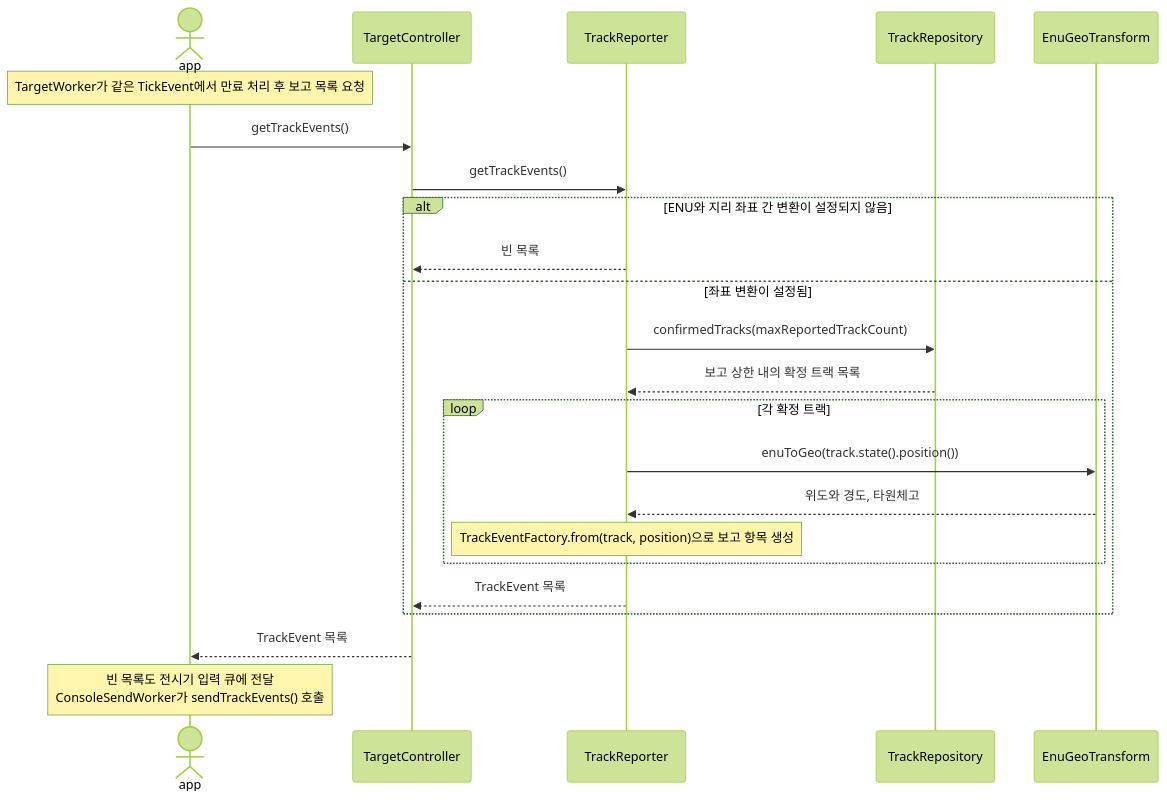
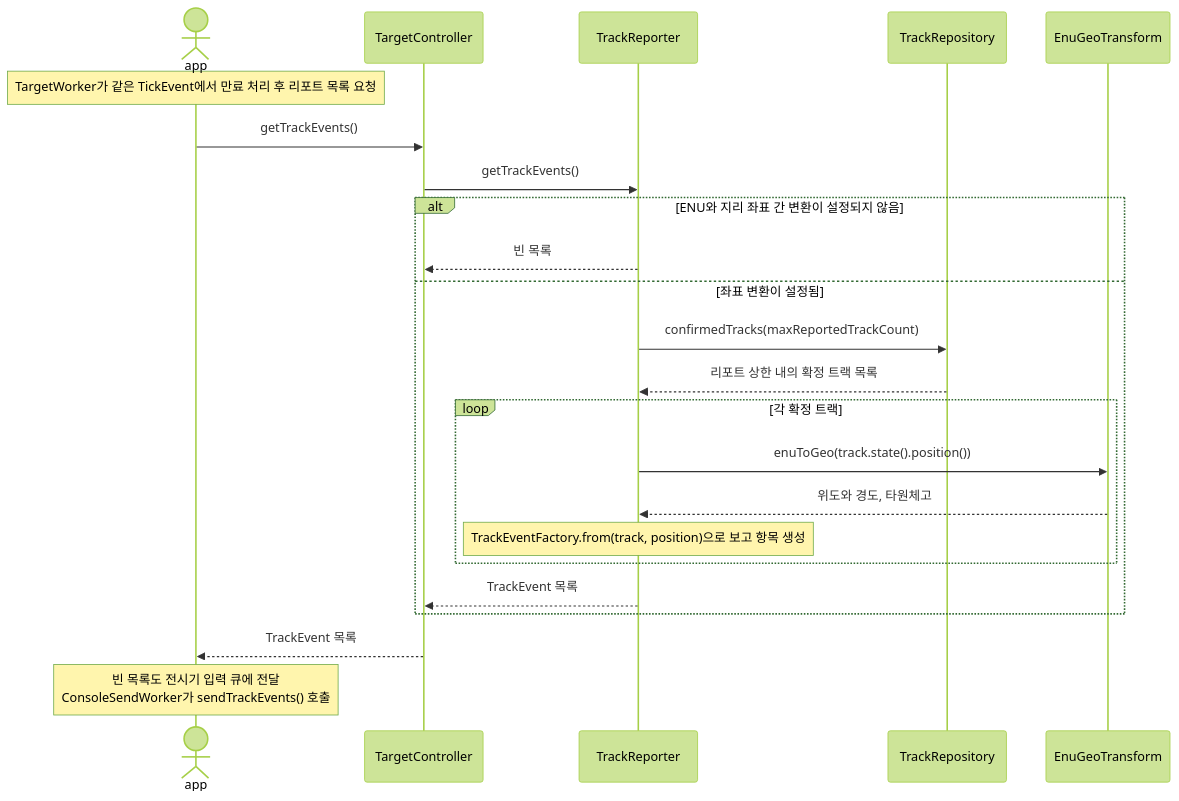
Before and after one commit to AESAlien/aesa-processor: the eighth of 8 diagrams in src/target/README.md, drawn with Mermaid (forest theme). The commit also changed other lines of this file and 6 other files, not shown here.

First line of the commit message:
docs: 다이어그램의 Notion 원문 링크 추가

````diff
--- a/src/target/README.md
+++ b/src/target/README.md
@@ -311,26 +323,26 @@
 ```mermaid
 sequenceDiagram
     actor app
     participant TargetController
     participant TrackReporter
     participant TrackRepository
     participant EnuGeoTransform
 
-    Note over app: TargetWorker가 같은 TickEvent에서 만료 처리 후 보고 목록 요청
+    Note over app: TargetWorker가 같은 TickEvent에서 만료 처리 후 리포트 목록 요청
     app->>TargetController: getTrackEvents()
     TargetController->>TrackReporter: getTrackEvents()
     alt ENU와 지리 좌표 간 변환이 설정되지 않음
         TrackReporter-->>TargetController: 빈 목록
     else 좌표 변환이 설정됨
         TrackReporter->>TrackRepository: confirmedTracks(maxReportedTrackCount)
-        TrackRepository-->>TrackReporter: 보고 상한 내의 확정 트랙 목록
+        TrackRepository-->>TrackReporter: 리포트 상한 내의 확정 트랙 목록
         loop 각 확정 트랙
             TrackReporter->>EnuGeoTransform: enuToGeo(track.state().position())
             EnuGeoTransform-->>TrackReporter: 위도와 경도, 타원체고
             Note over TrackReporter: TrackEventFactory.from(track, position)으로 보고 항목 생성
         end
         TrackReporter-->>TargetController: TrackEvent 목록
     end
     TargetController-->>app: TrackEvent 목록
     Note over app: 빈 목록도 전시기 입력 큐에 전달<br/>ConsoleSendWorker가 sendTrackEvents() 호출
 ```
````
